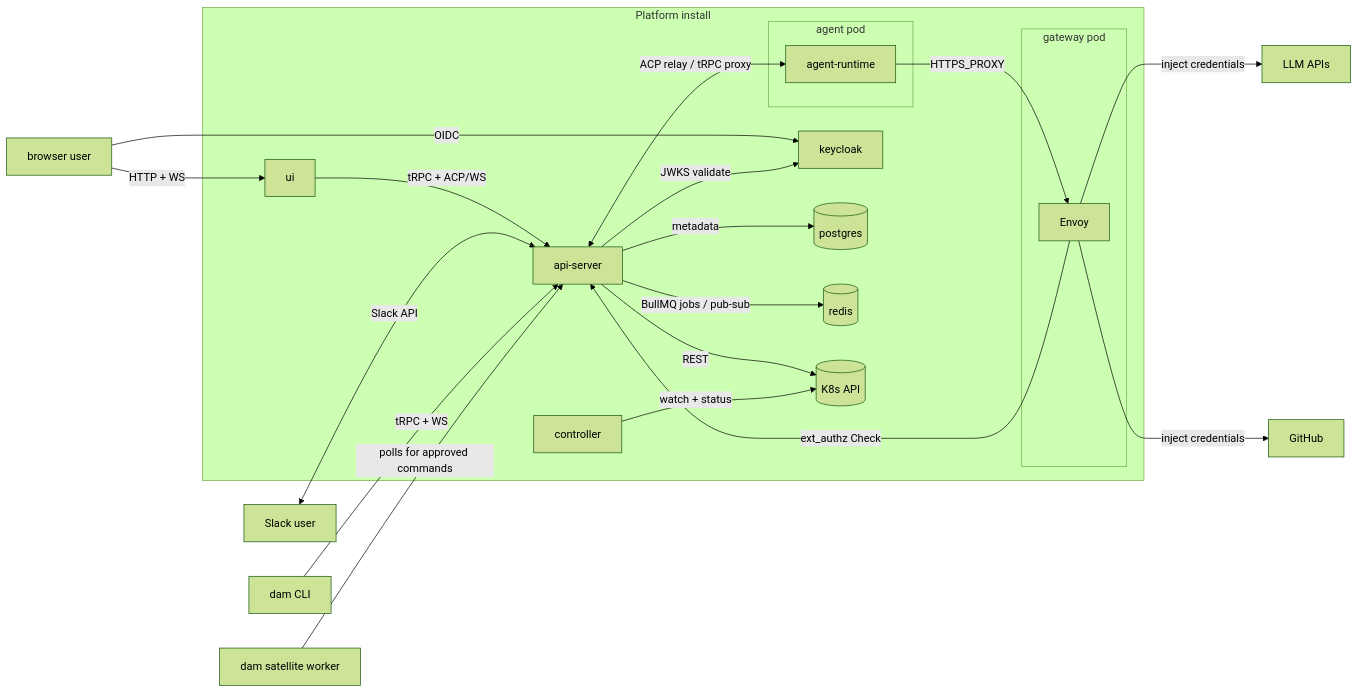
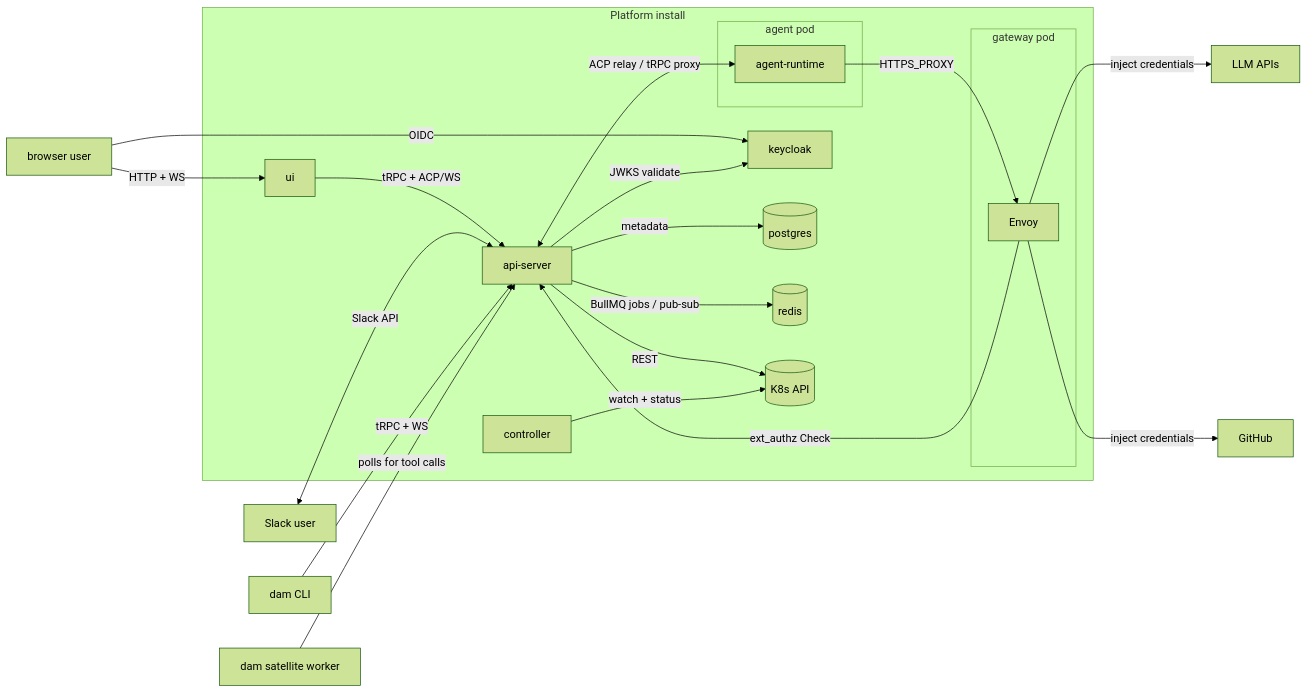
The diagram in docs/architecture.md (dam-agents/dam), drawn with Mermaid (forest theme) before and after one commit. The commit also changed 3 other files, not shown here.

````diff
--- a/docs/architecture.md
+++ b/docs/architecture.md
@@ -7,47 +7,47 @@
 ```mermaid
 flowchart LR
   user[browser user]
   slack-user[Slack user]
   cli[dam CLI]
   satellite[dam satellite worker]
   llm[LLM APIs]
   github[GitHub]
 
   subgraph cluster[Platform install]
     ui[ui]
     api-server[api-server]
     controller[controller]
     keycloak[keycloak]
     postgres[(postgres)]
     redis[(redis)]
     k8s-api[(K8s API)]
     subgraph agentpod[agent pod]
       agent-runtime
     end
     subgraph gatewaypod[gateway pod]
       envoy[Envoy]
     end
   end
 
   user -->|HTTP + WS| ui
   ui -->|tRPC + ACP/WS| api-server
   user -->|OIDC| keycloak
 
   slack-user <-->|Slack API| api-server
 
   cli -->|tRPC + WS| api-server
-  satellite -->|polls for approved commands| api-server
+  satellite -->|polls for tool calls| api-server
 
   api-server <-->|ACP relay / tRPC proxy| agent-runtime
   api-server -->|REST| k8s-api
   api-server -->|JWKS validate| keycloak
   api-server -->|metadata| postgres
   api-server -->|BullMQ jobs / pub-sub| redis
 
   controller -->|watch + status| k8s-api
 
   agent-runtime -->|HTTPS_PROXY| envoy
   envoy -->|ext_authz Check| api-server
   envoy -->|inject credentials| llm
   envoy -->|inject credentials| github
 ```
````
